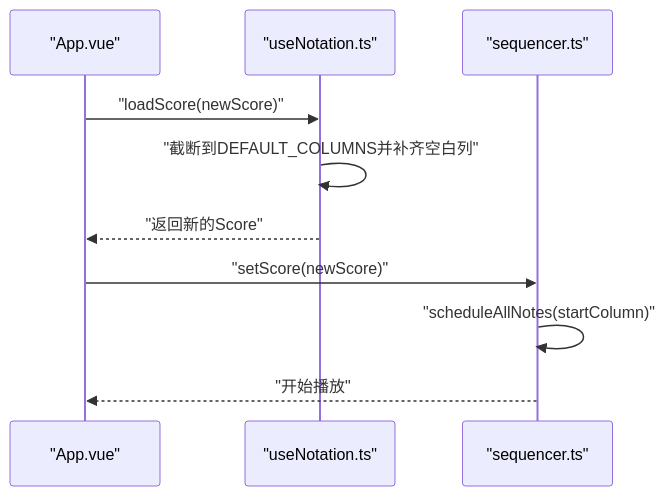
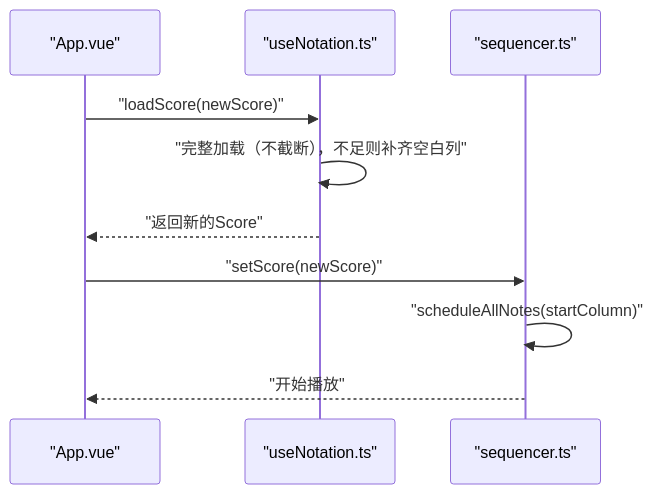
The fifth of 6 diagrams in wiki/记谱系统/数据结构设计.md (wingmeng/SUBOR-Music-Board), drawn with Mermaid before and after one commit. The commit also changed other lines of this file and 45 other files, not shown here.

````diff
--- a/wiki/记谱系统/数据结构设计.md
+++ b/wiki/记谱系统/数据结构设计.md
@@ -228,12 +229,12 @@
 ```mermaid
 sequenceDiagram
 participant UI as "App.vue"
 participant UN as "useNotation.ts"
 participant SE as "sequencer.ts"
 UI->>UN : "loadScore(newScore)"
-UN->>UN : "截断到DEFAULT_COLUMNS并补齐空白列"
+UN->>UN : "完整加载（不截断），不足则补齐空白列"
 UN-->>UI : "返回新的Score"
 UI->>SE : "setScore(newScore)"
 SE->>SE : "scheduleAllNotes(startColumn)"
 SE-->>UI : "开始播放"
 ```
````
